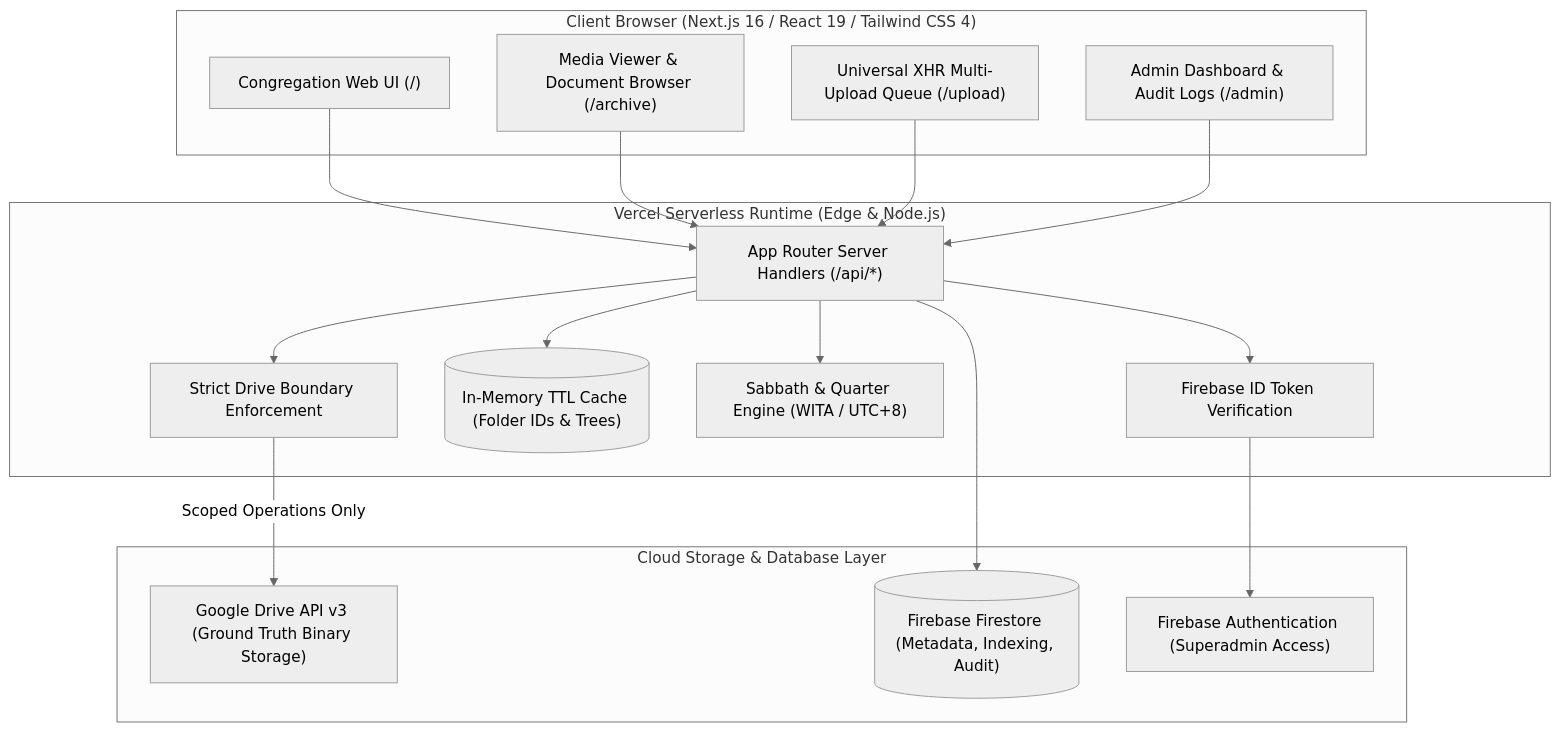
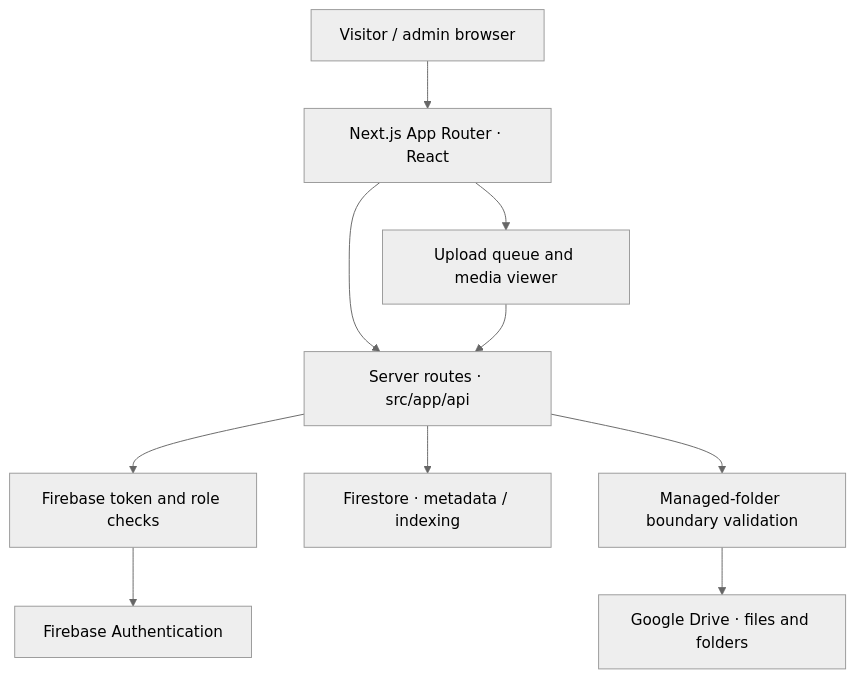
The diagram in README.md (zvenians/gmahk-galilea-digital-archive), drawn with Mermaid (neutral theme) before and after one commit. The commit also changed other lines of this file, not shown here.

````diff
--- a/README.md
+++ b/README.md
@@ -35,37 +33,12 @@
 ```mermaid
 flowchart TD
-    subgraph Client ["Client Browser (Next.js 16 / React 19 / Tailwind CSS 4)"]
-        UI["Congregation Web UI (/)"]
-        Viewer["Media Viewer & Document Browser (/archive)"]
-        Queue["Universal XHR Multi-Upload Queue (/upload)"]
-        AdminUI["Admin Dashboard & Audit Logs (/admin)"]
-    end
-
-    subgraph VercelRuntime ["Vercel Serverless Runtime (Edge & Node.js)"]
-        Router["App Router Server Handlers (/api/*)"]
-        BoundaryCheck["Strict Drive Boundary Enforcement"]
-        TTLCache[("In-Memory TTL Cache (Folder IDs & Trees)")]
-        SabbathEngine["Sabbath & Quarter Engine (WITA / UTC+8)"]
-        AuthServer["Firebase ID Token Verification"]
-    end
-
-    subgraph CloudServices ["Cloud Storage & Database Layer"]
-        GoogleDrive["Google Drive API v3 (Ground Truth Binary Storage)"]
-        Firestore[("Firebase Firestore (Metadata, Indexing, Audit)")]
-        FirebaseAuth["Firebase Authentication (Superadmin Access)"]
-    end
-
-    UI --> Router
-    Viewer --> Router
-    Queue --> Router
-    AdminUI --> Router
-
-    Router --> TTLCache
-    Router --> SabbathEngine
-    Router --> BoundaryCheck
-    Router --> AuthServer
-
-    BoundaryCheck -->|Scoped Operations Only| GoogleDrive
-    Router --> Firestore
-    AuthServer --> FirebaseAuth
+  Browser["Visitor / admin browser"] --> Pages["Next.js App Router · React"]
+  Pages --> API["Server routes · src/app/api"]
+  API --> Auth["Firebase token and role checks"]
+  API --> Index["Firestore · metadata / indexing"]
+  API --> Guard["Managed-folder boundary validation"]
+  Guard --> Drive["Google Drive · files and folders"]
+  Auth --> Firebase["Firebase Authentication"]
+  Pages --> Upload["Upload queue and media viewer"]
+  Upload --> API
 ```
````
